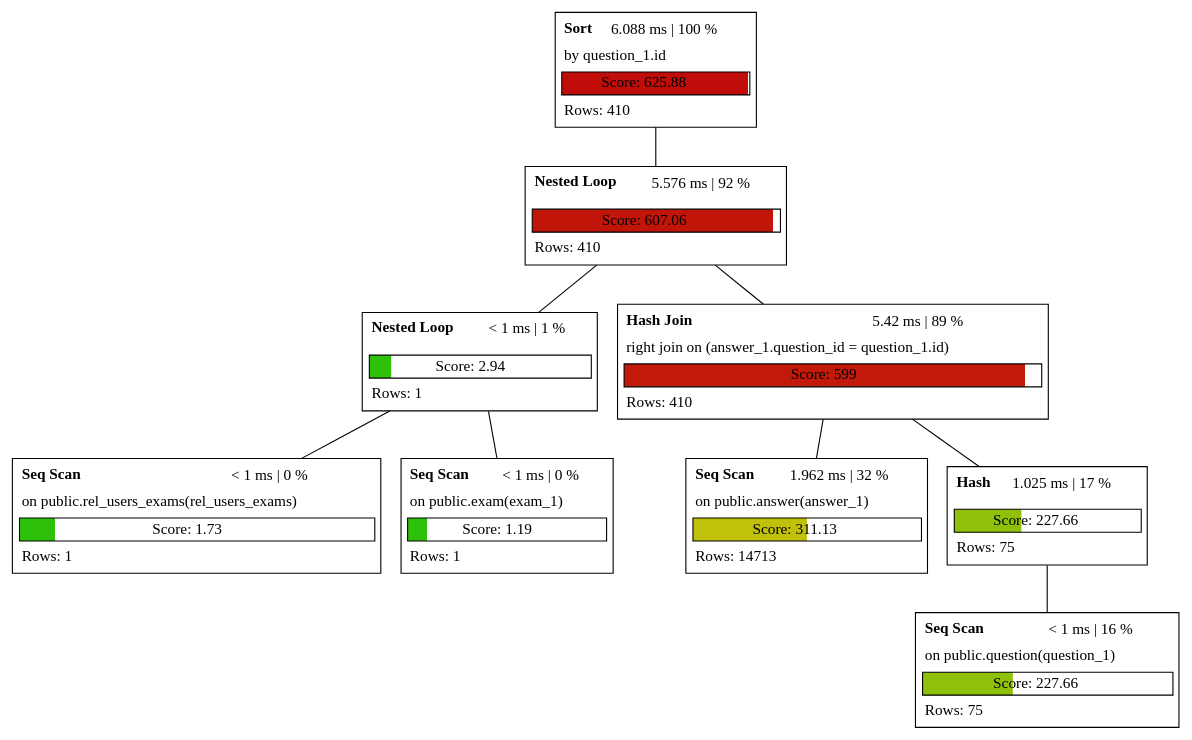
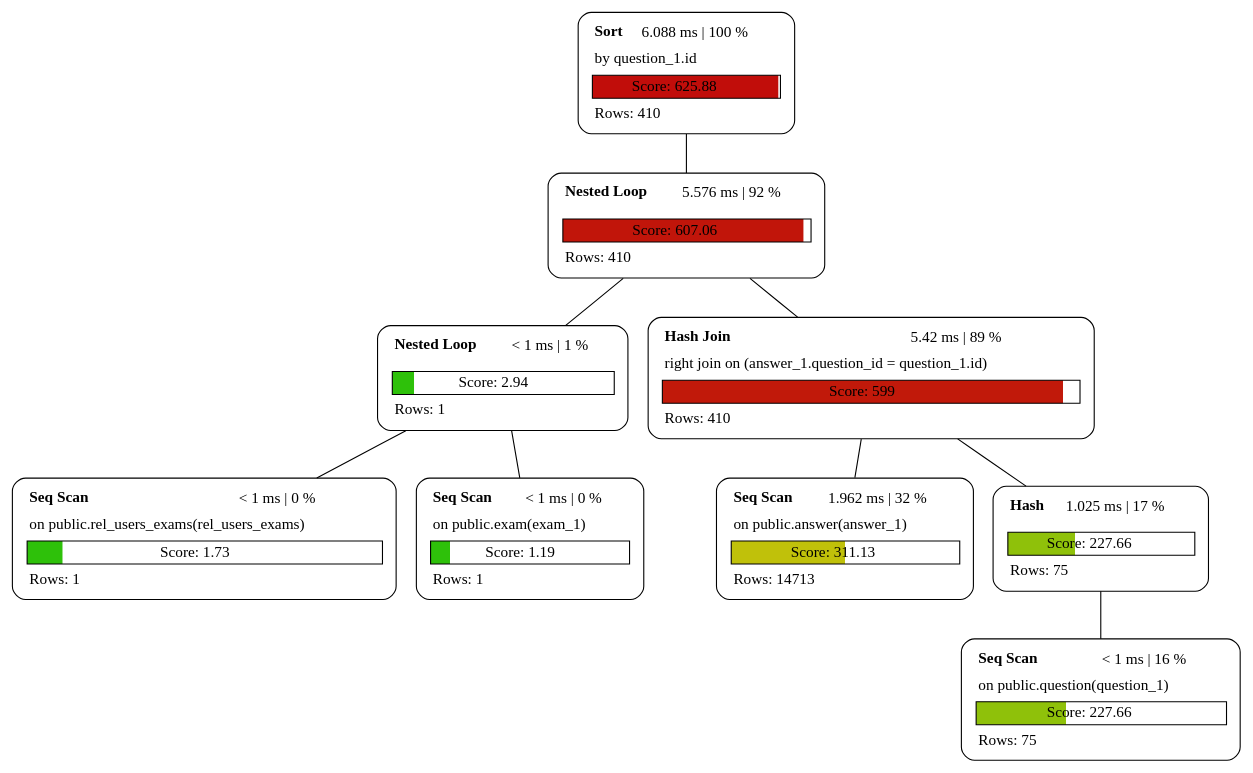
The diagram in examples/plan_2.dot (sanpii/explain), drawn with Graphviz before and after one commit. The commit also changed 17 other files, not shown here.

```diff
--- a/examples/plan_2.dot
+++ b/examples/plan_2.dot
@@ -1,64 +1,19 @@
 graph explain {
-    node0[label=<<table cellborder="0" cellspacing="5">
-    <tr><td align="left"><b>Sort</b></td><td>6.088 ms | 100 %</td></tr>
-    <tr><td colspan="2" align="left">by question_1.id</td></tr>
-    <tr><td colspan="2" border="1" bgcolor="#c10d0a;0.99:white">Score: 625.88</td></tr>
-    <tr><td colspan="2" align="left">Rows: 410</td></tr>
-</table>>][style="rounded"][shape="plain"];
-    node1[label=<<table cellborder="0" cellspacing="5">
-    <tr><td align="left"><b>Nested Loop</b></td><td>5.576 ms | 92 %</td></tr>
-    <tr><td colspan="2" align="left"></td></tr>
-    <tr><td colspan="2" border="1" bgcolor="#c1150a;0.97:white">Score: 607.06</td></tr>
-    <tr><td colspan="2" align="left">Rows: 410</td></tr>
-</table>>][style="rounded"][shape="plain"];
-    node2[label=<<table cellborder="0" cellspacing="5">
-    <tr><td align="left"><b>Nested Loop</b></td><td>&lt; 1 ms | 1 %</td></tr>
-    <tr><td colspan="2" align="left"></td></tr>
-    <tr><td colspan="2" border="1" bgcolor="#2ec10a;0.10:white">Score: 2.94</td></tr>
-    <tr><td colspan="2" align="left">Rows: 1</td></tr>
-</table>>][style="rounded"][shape="plain"];
-    node3[label=<<table cellborder="0" cellspacing="5">
-    <tr><td align="left"><b>Seq Scan</b></td><td>&lt; 1 ms | 0 %</td></tr>
-    <tr><td colspan="2" align="left">on public.rel_users_exams(rel_users_exams)</td></tr>
-    <tr><td colspan="2" border="1" bgcolor="#2ec10a;0.10:white">Score: 1.73</td></tr>
-    <tr><td colspan="2" align="left">Rows: 1</td></tr>
-</table>>][style="rounded"][shape="plain"];
-    node4[label=<<table cellborder="0" cellspacing="5">
-    <tr><td align="left"><b>Seq Scan</b></td><td>&lt; 1 ms | 0 %</td></tr>
-    <tr><td colspan="2" align="left">on public.exam(exam_1)</td></tr>
-    <tr><td colspan="2" border="1" bgcolor="#2ec10a;0.10:white">Score: 1.19</td></tr>
-    <tr><td colspan="2" align="left">Rows: 1</td></tr>
-</table>>][style="rounded"][shape="plain"];
-    node5[label=<<table cellborder="0" cellspacing="5">
-    <tr><td align="left"><b>Hash Join</b></td><td>5.42 ms | 89 %</td></tr>
-    <tr><td colspan="2" align="left">right join on (answer_1.question_id = question_1.id)</td></tr>
-    <tr><td colspan="2" border="1" bgcolor="#c1190a;0.96:white">Score: 599</td></tr>
-    <tr><td colspan="2" align="left">Rows: 410</td></tr>
-</table>>][style="rounded"][shape="plain"];
-    node6[label=<<table cellborder="0" cellspacing="5">
-    <tr><td align="left"><b>Seq Scan</b></td><td>1.962 ms | 32 %</td></tr>
-    <tr><td colspan="2" align="left">on public.answer(answer_1)</td></tr>
-    <tr><td colspan="2" border="1" bgcolor="#c0c10a;0.50:white">Score: 311.13</td></tr>
-    <tr><td colspan="2" align="left">Rows: 14713</td></tr>
-</table>>][style="rounded"][shape="plain"];
-    node7[label=<<table cellborder="0" cellspacing="5">
-    <tr><td align="left"><b>Hash</b></td><td>1.025 ms | 17 %</td></tr>
-    <tr><td colspan="2" align="left"></td></tr>
-    <tr><td colspan="2" border="1" bgcolor="#8fc10a;0.36:white">Score: 227.66</td></tr>
-    <tr><td colspan="2" align="left">Rows: 75</td></tr>
-</table>>][style="rounded"][shape="plain"];
-    node8[label=<<table cellborder="0" cellspacing="5">
-    <tr><td align="left"><b>Seq Scan</b></td><td>&lt; 1 ms | 16 %</td></tr>
-    <tr><td colspan="2" align="left">on public.question(question_1)</td></tr>
-    <tr><td colspan="2" border="1" bgcolor="#8fc10a;0.36:white">Score: 227.66</td></tr>
-    <tr><td colspan="2" align="left">Rows: 75</td></tr>
-</table>>][style="rounded"][shape="plain"];
+    node0[label=<<table border="0" cellborder="0" cellspacing="5"><tr><td align="left"><b>Sort</b></td><td>6.088 ms | 100 %</td></tr><tr><td colspan="2" align="left">by question_1.id</td></tr><tr><td colspan="2" border="1" bgcolor="#c10d0a;0.99:white">Score: 625.88</td></tr><tr><td colspan="2" align="left">Rows: 410</td></tr></table>>][style="rounded"][shape="box"];
+    node1[label=<<table border="0" cellborder="0" cellspacing="5"><tr><td align="left"><b>Nested Loop</b></td><td>5.576 ms | 92 %</td></tr><tr><td colspan="2" align="left"></td></tr><tr><td colspan="2" border="1" bgcolor="#c1150a;0.97:white">Score: 607.06</td></tr><tr><td colspan="2" align="left">Rows: 410</td></tr></table>>][style="rounded"][shape="box"];
+    node2[label=<<table border="0" cellborder="0" cellspacing="5"><tr><td align="left"><b>Nested Loop</b></td><td>&lt; 1 ms | 1 %</td></tr><tr><td colspan="2" align="left"></td></tr><tr><td colspan="2" border="1" bgcolor="#2ec10a;0.10:white">Score: 2.94</td></tr><tr><td colspan="2" align="left">Rows: 1</td></tr></table>>][style="rounded"][shape="box"];
+    node3[label=<<table border="0" cellborder="0" cellspacing="5"><tr><td align="left"><b>Seq Scan</b></td><td>&lt; 1 ms | 0 %</td></tr><tr><td colspan="2" align="left">on public.rel_users_exams(rel_users_exams)</td></tr><tr><td colspan="2" border="1" bgcolor="#2ec10a;0.10:white">Score: 1.73</td></tr><tr><td colspan="2" align="left">Rows: 1</td></tr></table>>][style="rounded"][shape="box"];
+    node4[label=<<table border="0" cellborder="0" cellspacing="5"><tr><td align="left"><b>Seq Scan</b></td><td>&lt; 1 ms | 0 %</td></tr><tr><td colspan="2" align="left">on public.exam(exam_1)</td></tr><tr><td colspan="2" border="1" bgcolor="#2ec10a;0.10:white">Score: 1.19</td></tr><tr><td colspan="2" align="left">Rows: 1</td></tr></table>>][style="rounded"][shape="box"];
+    node5[label=<<table border="0" cellborder="0" cellspacing="5"><tr><td align="left"><b>Hash Join</b></td><td>5.42 ms | 89 %</td></tr><tr><td colspan="2" align="left">right join on (answer_1.question_id = question_1.id)</td></tr><tr><td colspan="2" border="1" bgcolor="#c1190a;0.96:white">Score: 599</td></tr><tr><td colspan="2" align="left">Rows: 410</td></tr></table>>][style="rounded"][shape="box"];
+    node6[label=<<table border="0" cellborder="0" cellspacing="5"><tr><td align="left"><b>Seq Scan</b></td><td>1.962 ms | 32 %</td></tr><tr><td colspan="2" align="left">on public.answer(answer_1)</td></tr><tr><td colspan="2" border="1" bgcolor="#c0c10a;0.50:white">Score: 311.13</td></tr><tr><td colspan="2" align="left">Rows: 14713</td></tr></table>>][style="rounded"][shape="box"];
+    node7[label=<<table border="0" cellborder="0" cellspacing="5"><tr><td align="left"><b>Hash</b></td><td>1.025 ms | 17 %</td></tr><tr><td colspan="2" align="left"></td></tr><tr><td colspan="2" border="1" bgcolor="#8fc10a;0.36:white">Score: 227.66</td></tr><tr><td colspan="2" align="left">Rows: 75</td></tr></table>>][style="rounded"][shape="box"];
+    node8[label=<<table border="0" cellborder="0" cellspacing="5"><tr><td align="left"><b>Seq Scan</b></td><td>&lt; 1 ms | 16 %</td></tr><tr><td colspan="2" align="left">on public.question(question_1)</td></tr><tr><td colspan="2" border="1" bgcolor="#8fc10a;0.36:white">Score: 227.66</td></tr><tr><td colspan="2" align="left">Rows: 75</td></tr></table>>][style="rounded"][shape="box"];
     node0 -- node1[label=""];
     node1 -- node2[label=""];
     node2 -- node3[label=""];
     node2 -- node4[label=""];
     node1 -- node5[label=""];
     node5 -- node6[label=""];
     node5 -- node7[label=""];
     node7 -- node8[label=""];
 }
```
